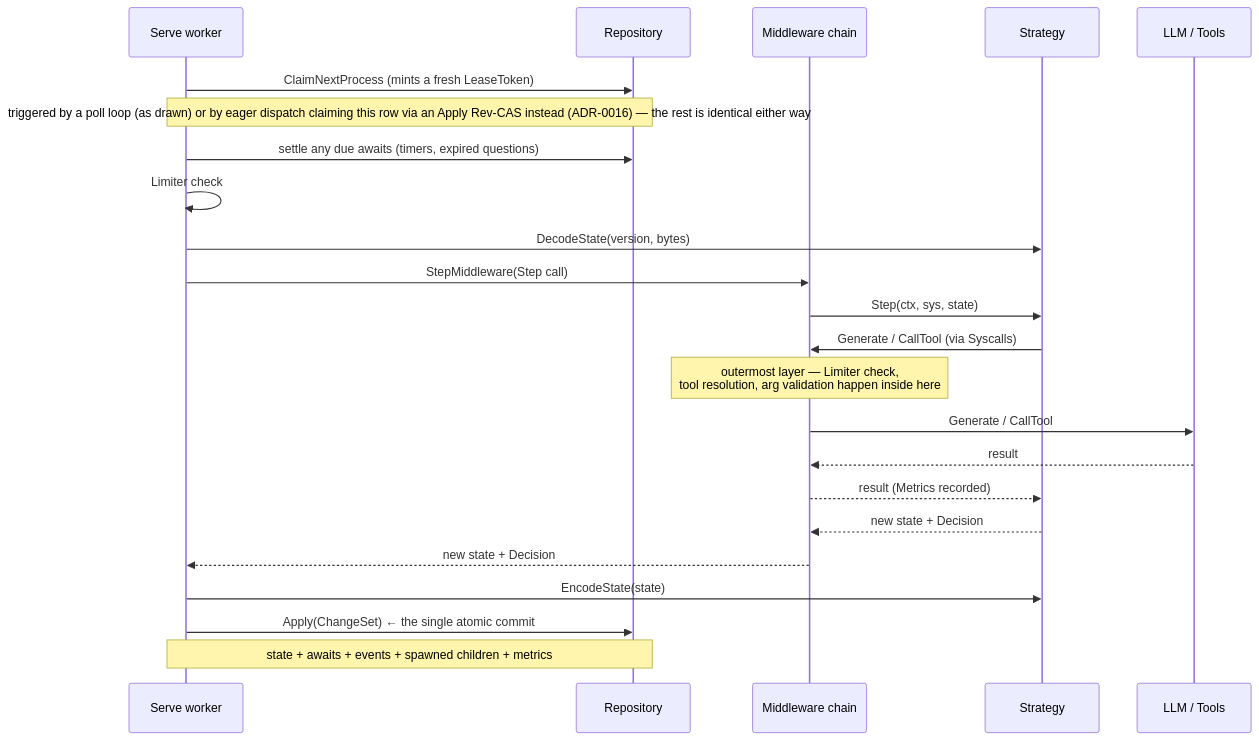
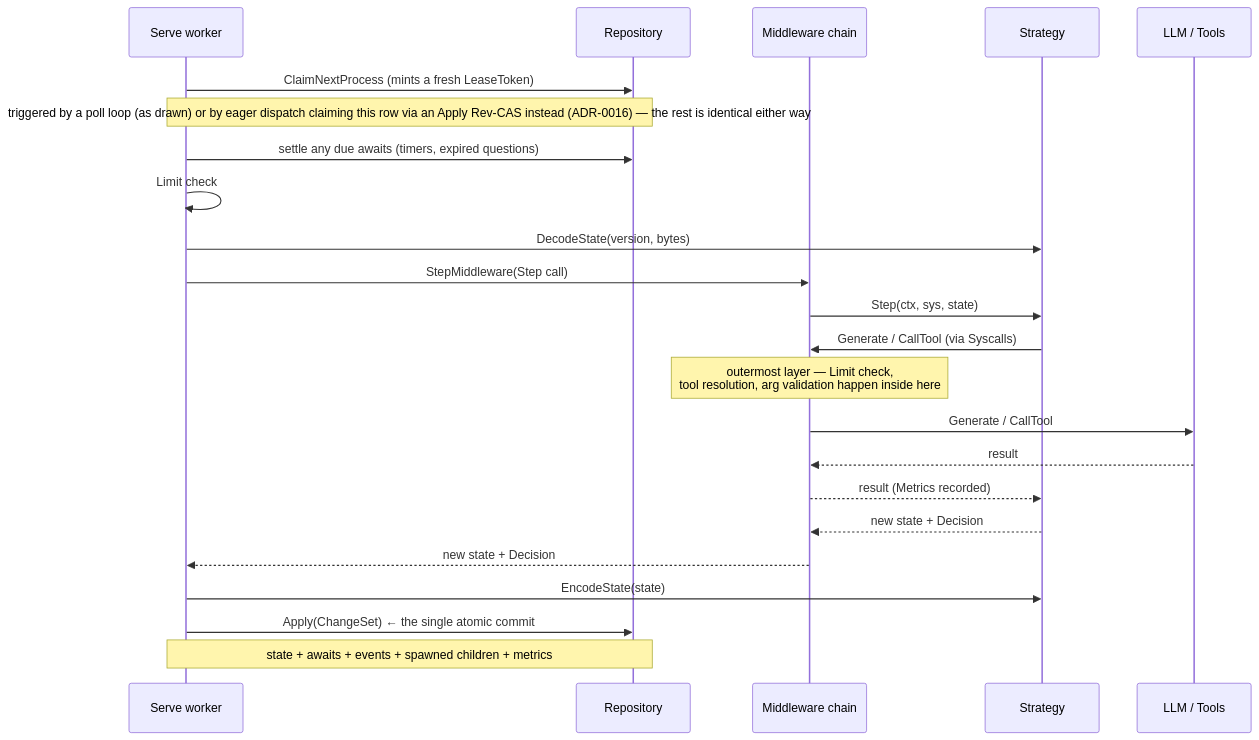
The second of 2 diagrams in docs/design/architecture.md (gollem-dev/agentkit), drawn with Mermaid before and after one commit. The commit also changed other lines of this file and 33 other files, not shown here.

````diff
--- a/docs/design/architecture.md
+++ b/docs/design/architecture.md
@@ -87,26 +86,26 @@
 ```mermaid
 sequenceDiagram
   participant W as Serve worker
   participant R as Repository
   participant M as Middleware chain
   participant S as Strategy
   participant X as LLM / Tools
 
   W->>R: ClaimNextProcess (mints a fresh LeaseToken)
   Note over W,R: triggered by a poll loop (as drawn) or by eager dispatch claiming this row via an Apply Rev-CAS instead (ADR-0016) — the rest is identical either way
   W->>R: settle any due awaits (timers, expired questions)
-  W->>W: Limiter check
+  W->>W: Limit check
   W->>S: DecodeState(version, bytes)
   W->>M: StepMiddleware(Step call)
   M->>S: Step(ctx, sys, state)
   S->>M: Generate / CallTool (via Syscalls)
-  Note over M: outermost layer — Limiter check,<br/>tool resolution, arg validation happen inside here
+  Note over M: outermost layer — Limit check,<br/>tool resolution, arg validation happen inside here
   M->>X: Generate / CallTool
   X-->>M: result
   M-->>S: result (Metrics recorded)
   S-->>M: new state + Decision
   M-->>W: new state + Decision
   W->>S: EncodeState(state)
   W->>R: Apply(ChangeSet)  ← the single atomic commit
   Note over W,R: state + awaits + events + spawned children + metrics
 ```
````
